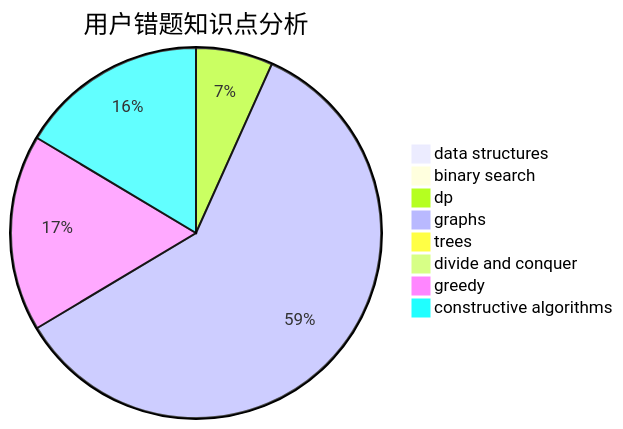
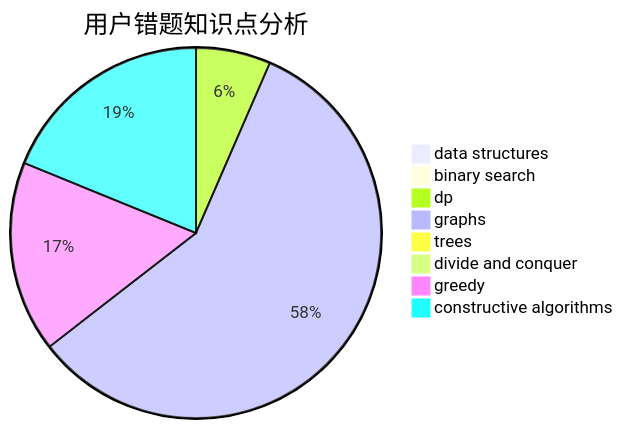
Before and after one commit to sherpahu/cfrs.github.io: the third of 3 diagrams in docs/user/u1168.md, drawn with Mermaid. The commit also changed other lines of this file and 2770 other files, not shown here.

````diff
--- a/docs/user/u1168.md
+++ b/docs/user/u1168.md
@@ -36,11 +36,11 @@
 ```mermaid
 pie title 用户错题知识点分析
     "data structures" :  1
     "binary search" :  0
     "dp" :  9
     "graphs" :  80
     "trees" :  0
     "divide and conquer" :  0
     "greedy" :  23
-    "constructive algorithms" :  22
+    "constructive algorithms" :  26
 ```
````
